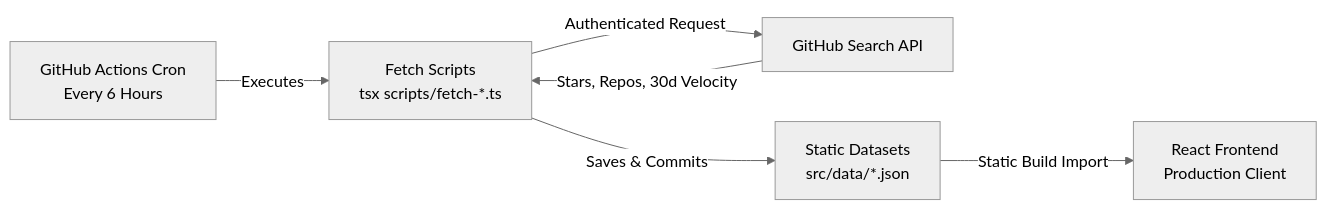
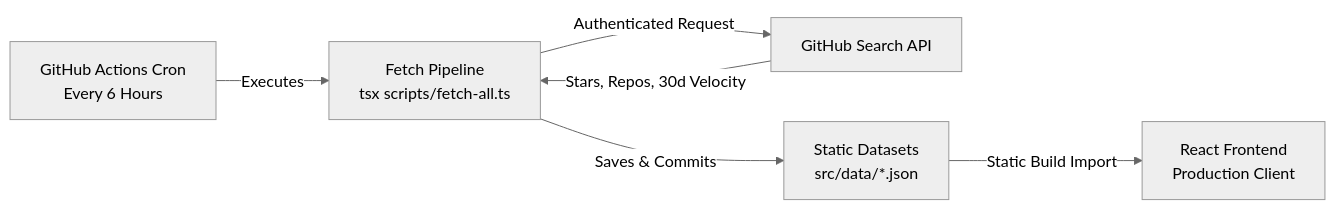
One commit to sercanvr/devsec-status changed the diagram in README.md. Above: the diagram before and after it, drawn with Mermaid (neutral theme). The commit also changed other lines of this file and 22 other files, not shown here.

Commit message:
refactor(pipeline): harden metrics crawler, eliminate dead scripts, and align dataset integrity

````diff
--- a/README.md
+++ b/README.md
@@ -149,8 +149,8 @@
 ```mermaid
 flowchart LR
-    A[GitHub Actions Cron<br/>Every 6 Hours] -->|Executes| B[Fetch Scripts<br/>tsx scripts/fetch-*.ts]
+    A[GitHub Actions Cron<br/>Every 6 Hours] -->|Executes| B[Fetch Pipeline<br/>tsx scripts/fetch-all.ts]
     B -->|Authenticated Request| C[GitHub Search API]
     C -->|Stars, Repos, 30d Velocity| B
     B -->|Saves & Commits| D[Static Datasets<br/>src/data/*.json]
     D -->|Static Build Import| E[React Frontend<br/>Production Client]
 ```
````
